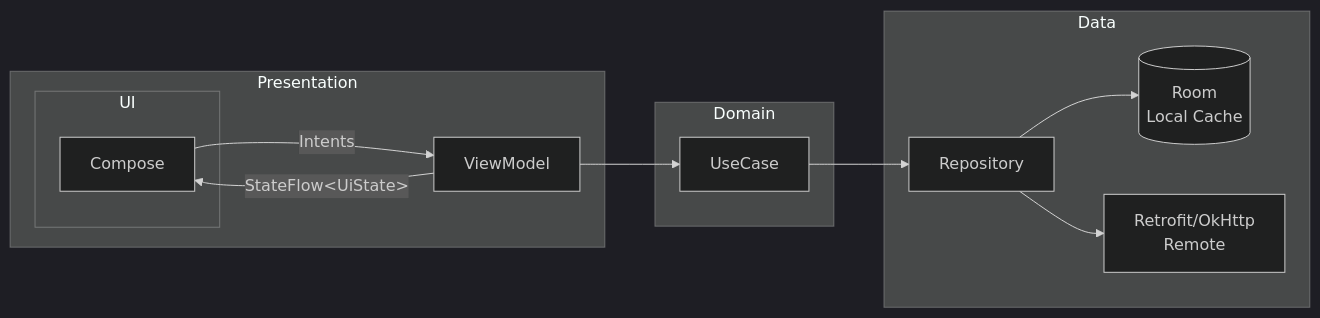
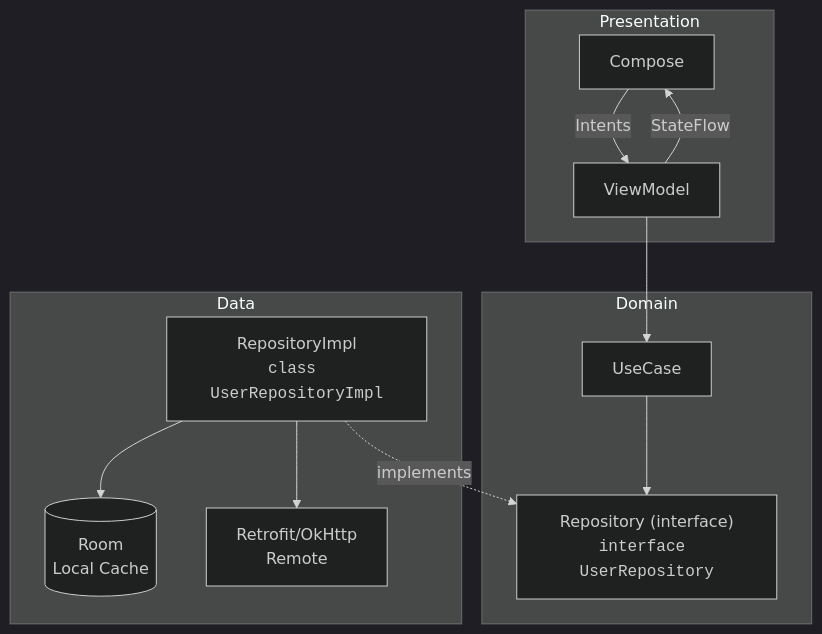
One commit to sabinabernardes/Desafio changed the diagram in README.md. Above: the diagram before and after it, drawn with Mermaid (dark theme). The commit also changed other lines of this file, not shown here.

````diff
--- a/README.md
+++ b/README.md
@@ -52,33 +52,30 @@
 ```mermaid
-flowchart LR
-  
-  subgraph Presentation["Presentation"]
-  subgraph UI_Layer["UI"]
-    UI[Compose]
-  end
-    VM[ViewModel]
+flowchart TD
+
+  %% Apresentação
+  subgraph P["Presentation"]
+    UI[Compose] -->|Intents| VM[ViewModel]
+    VM -->|StateFlow<UiState>| UI
   end
 
-  subgraph Domain["Domain"]
-    UC["UseCase<br/>"]
+  %% Domínio
+  subgraph D["Domain"]
+    UC[UseCase]
+    IRepo["Repository (interface)<br/><code>interface UserRepository</code>"]
+    UC --> IRepo
   end
 
-  subgraph Data["Data"]
-    REPO[Repository<br/>]
+  %% Dados (embaixo do Domain)
+  subgraph DA["Data"]
+    RepoImpl["RepositoryImpl<br/><code>class UserRepositoryImpl</code>"]
     ROOM[(Room<br/>Local Cache)]
     RETRO[Retrofit/OkHttp<br/>Remote]
+    RepoImpl --> ROOM
+    RepoImpl --> RETRO
   end
 
-  %% Fluxo principal
-  UI -->|Intents| VM
+  %% Ligações entre camadas
   VM --> UC
-  UC --> REPO
-
-  %% Fontes de dados
-  REPO --> ROOM
-  REPO --> RETRO
-
-  %% Estado de volta pra UI
-  VM -->|StateFlow&lt;UiState&gt;| UI
+  RepoImpl -.->|implements| IRepo
 
 ```
````
